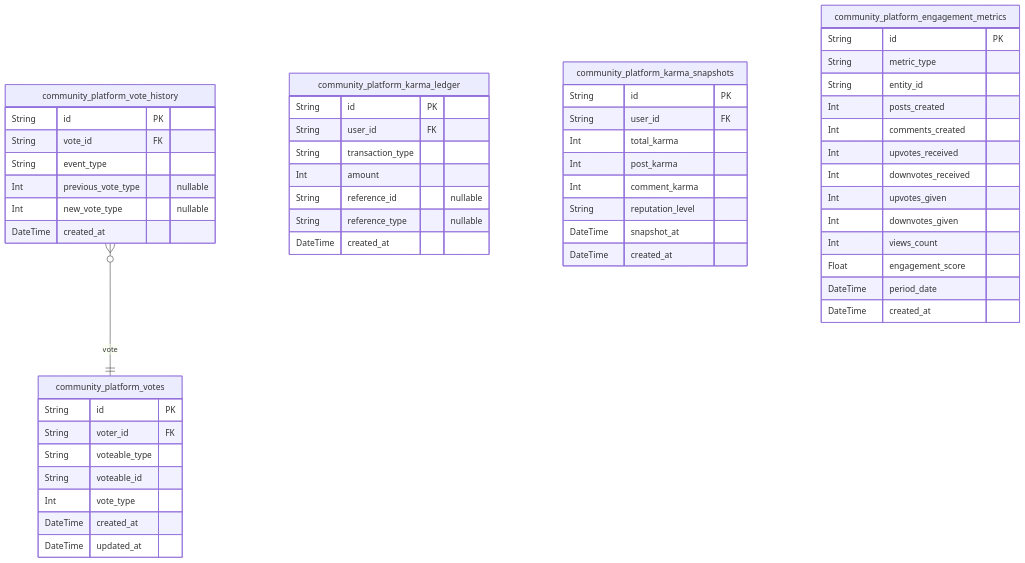
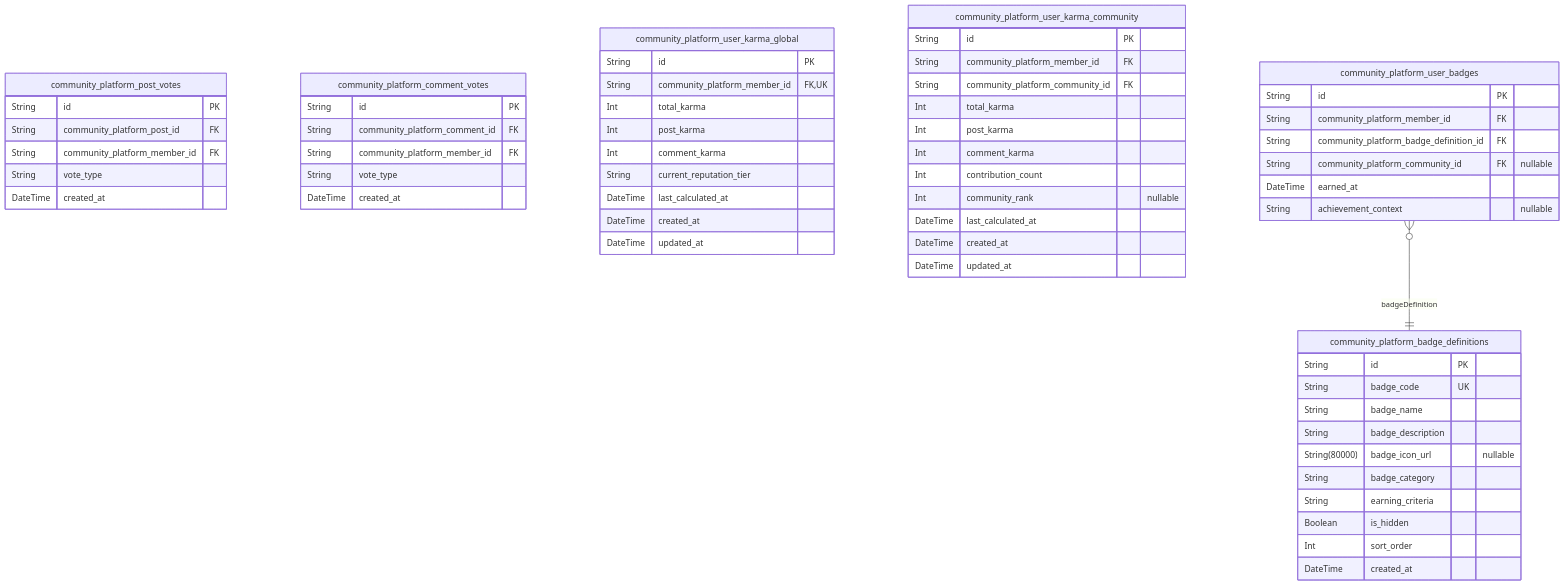
The fifth of 9 diagrams in anthropic/claude-haiku-4.5/reddit/docs/ERD.md (wrtnlabs/autobe-examples), drawn with Mermaid before and after one commit. The commit also changed other lines of this file and 16146 other files, not shown here.

````diff
--- a/anthropic/claude-haiku-4.5/reddit/docs/ERD.md
+++ b/anthropic/claude-haiku-4.5/reddit/docs/ERD.md
@@ -1317,55 +1078,62 @@
 ```mermaid
 erDiagram
-"community_platform_votes" {
+"community_platform_post_votes" {
   String id PK
-  String voter_id FK
-  String voteable_type
-  String voteable_id
-  Int vote_type
+  String community_platform_post_id FK
+  String community_platform_member_id FK
+  String vote_type
+  DateTime created_at
+}
+"community_platform_comment_votes" {
+  String id PK
+  String community_platform_comment_id FK
+  String community_platform_member_id FK
+  String vote_type
+  DateTime created_at
+}
+"community_platform_user_karma_global" {
+  String id PK
+  String community_platform_member_id FK,UK
+  Int total_karma
+  Int post_karma
+  Int comment_karma
+  String current_reputation_tier
+  DateTime last_calculated_at
   DateTime created_at
   DateTime updated_at
 }
-"community_platform_vote_history" {
+"community_platform_user_karma_community" {
   String id PK
-  String vote_id FK
-  String event_type
-  Int previous_vote_type "nullable"
-  Int new_vote_type "nullable"
-  DateTime created_at
-}
-"community_platform_karma_ledger" {
-  String id PK
-  String user_id FK
-  String transaction_type
-  Int amount
-  String reference_id "nullable"
-  String reference_type "nullable"
-  DateTime created_at
-}
-"community_platform_karma_snapshots" {
-  String id PK
-  String user_id FK
+  String community_platform_member_id FK
+  String community_platform_community_id FK
   Int total_karma
   Int post_karma
   Int comment_karma
-  String reputation_level
-  DateTime snapshot_at
+  Int contribution_count
+  Int community_rank "nullable"
+  DateTime last_calculated_at
+  DateTime created_at
+  DateTime updated_at
+}
+"community_platform_badge_definitions" {
+  String id PK
+  String badge_code UK
+  String badge_name
+  String badge_description
+  String(80000) badge_icon_url "nullable"
+  String badge_category
+  String earning_criteria
+  Boolean is_hidden
+  Int sort_order
   DateTime created_at
 }
-"community_platform_engagement_metrics" {
+"community_platform_user_badges" {
   String id PK
-  String metric_type
-  String entity_id
-  Int posts_created
-  Int comments_created
-  Int upvotes_received
-  Int downvotes_received
-  Int upvotes_given
-  Int downvotes_given
-  Int views_count
-  Float engagement_score
-  DateTime period_date
-  DateTime created_at
+  String community_platform_member_id FK
+  String community_platform_badge_definition_id FK
+  String community_platform_community_id FK "nullable"
+  DateTime earned_at
+  String achievement_context "nullable"
 }
-"community_platform_vote_history" }o--|| "community_platform_votes" : vote
+"community_platform_user_badges" }o--|| "community_platform_badge_definitions" : badgeDefinition
 ```
````
